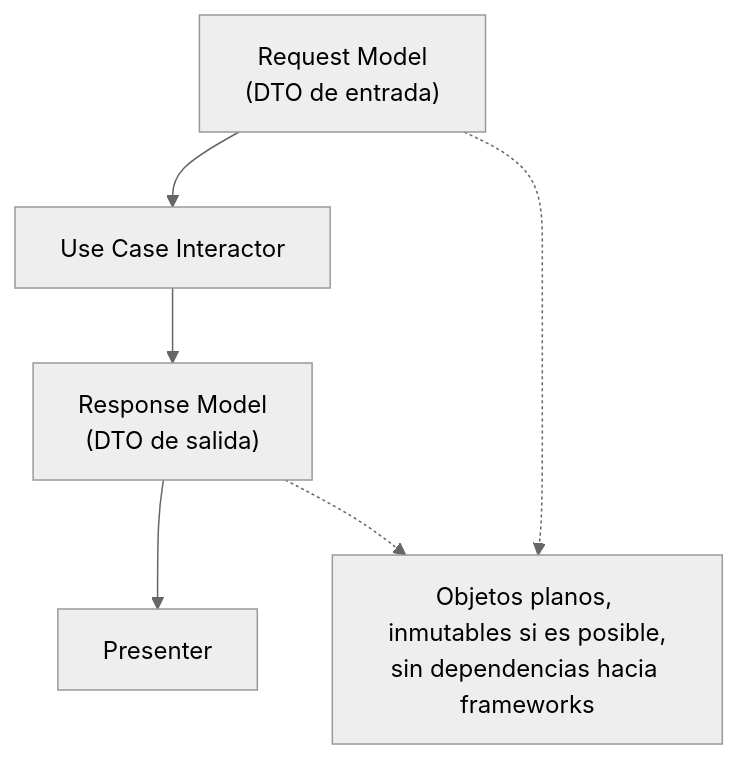
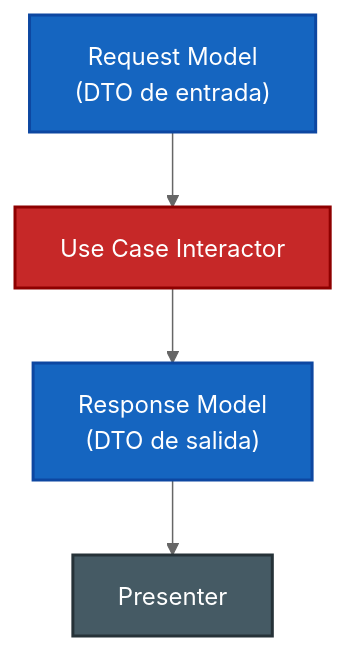
The third of 4 diagrams in 08-la-arquitectura-limpia/04-datos-que-cruzan-fronteras.md (JavierMachucaA/clean-architecture-guia), drawn with Mermaid (neutral theme) before and after one commit. The commit also changed other lines of this file and 6 other files, not shown here.

````diff
--- a/08-la-arquitectura-limpia/04-datos-que-cruzan-fronteras.md
+++ b/08-la-arquitectura-limpia/04-datos-que-cruzan-fronteras.md
@@ -37,10 +43,11 @@
 ```mermaid
 flowchart TB
     RM["Request Model<br/>(DTO de entrada)"] --> UC["Use Case Interactor"]
     UC --> RSM["Response Model<br/>(DTO de salida)"]
     RSM --> PR["Presenter"]
 
-    note1["Objetos planos, inmutables si es posible,<br/>sin dependencias hacia frameworks"]
-    RM -.-> note1
-    RSM -.-> note1
+    style RM fill:#1565c0,stroke:#0d47a1,stroke-width:2px,color:#fff
+    style RSM fill:#1565c0,stroke:#0d47a1,stroke-width:2px,color:#fff
+    style UC fill:#c62828,stroke:#8e0000,stroke-width:2px,color:#fff
+    style PR fill:#455a64,stroke:#263238,stroke-width:2px,color:#fff
 ```
````
